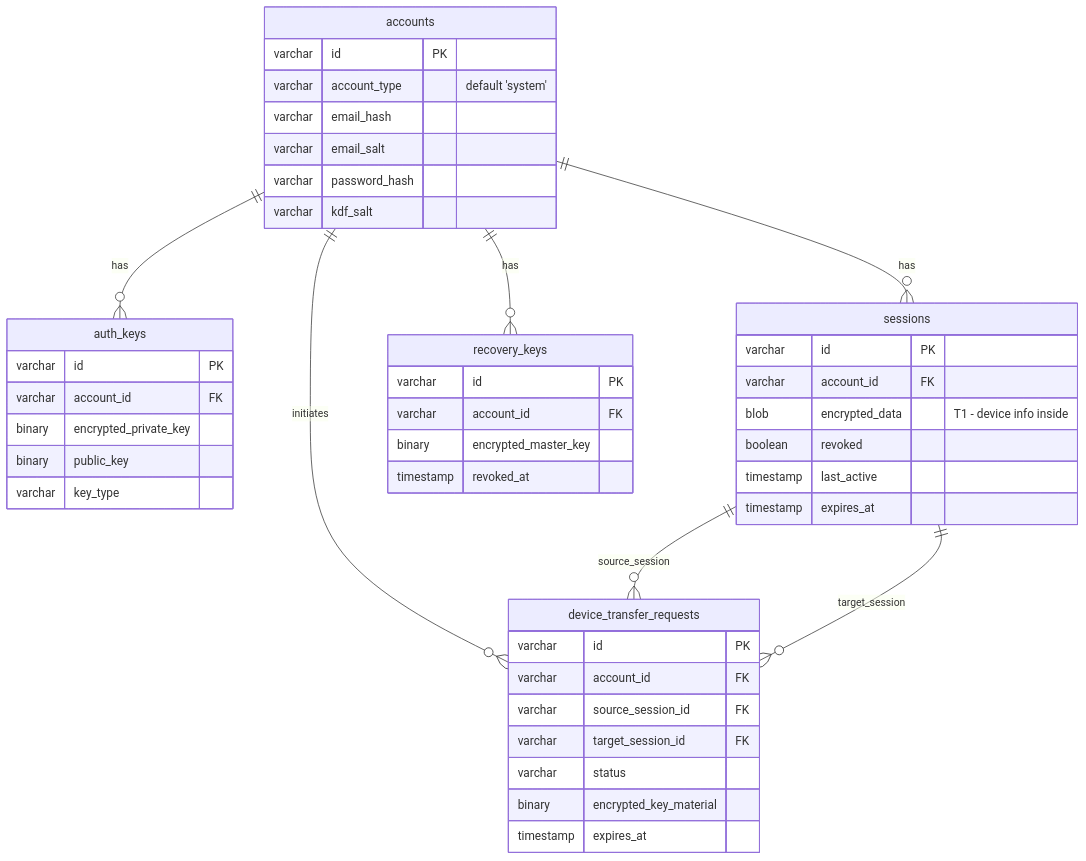
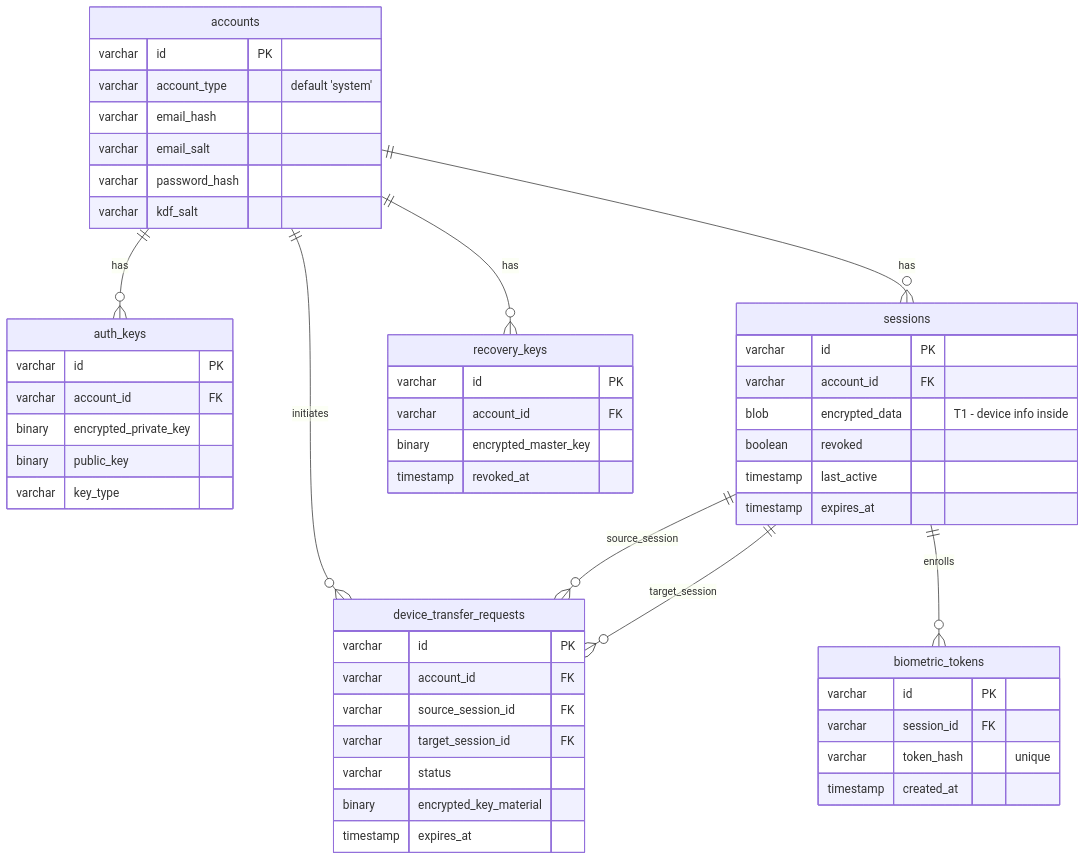
The first of 22 diagrams in docs/database-schema.md (ThePrismSystem/pluralscape-mono), drawn with Mermaid before and after one commit. The commit also changed other lines of this file and 22 other files, not shown here.

````diff
--- a/docs/database-schema.md
+++ b/docs/database-schema.md
@@ -22,52 +22,60 @@
 ```mermaid
 erDiagram
     accounts {
         varchar id PK
         varchar account_type "default 'system'"
         varchar email_hash
         varchar email_salt
         varchar password_hash
         varchar kdf_salt
     }
 
     auth_keys {
         varchar id PK
         varchar account_id FK
         binary encrypted_private_key
         binary public_key
         varchar key_type
     }
 
     sessions {
         varchar id PK
         varchar account_id FK
         blob encrypted_data "T1 - device info inside"
         boolean revoked
         timestamp last_active
         timestamp expires_at
     }
 
     recovery_keys {
         varchar id PK
         varchar account_id FK
         binary encrypted_master_key
         timestamp revoked_at
     }
 
     device_transfer_requests {
         varchar id PK
         varchar account_id FK
         varchar source_session_id FK
         varchar target_session_id FK
         varchar status
         binary encrypted_key_material
         timestamp expires_at
     }
 
+    biometric_tokens {
+        varchar id PK
+        varchar session_id FK
+        varchar token_hash "unique"
+        timestamp created_at
+    }
+
     accounts ||--o{ auth_keys : "has"
     accounts ||--o{ sessions : "has"
     accounts ||--o{ recovery_keys : "has"
     accounts ||--o{ device_transfer_requests : "initiates"
     sessions ||--o{ device_transfer_requests : "source_session"
     sessions ||--o{ device_transfer_requests : "target_session"
+    sessions ||--o{ biometric_tokens : "enrolls"
 ```
````
